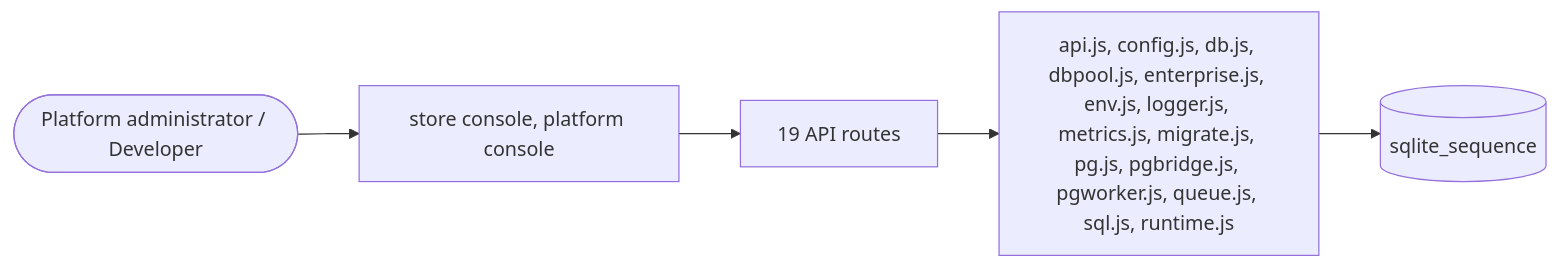
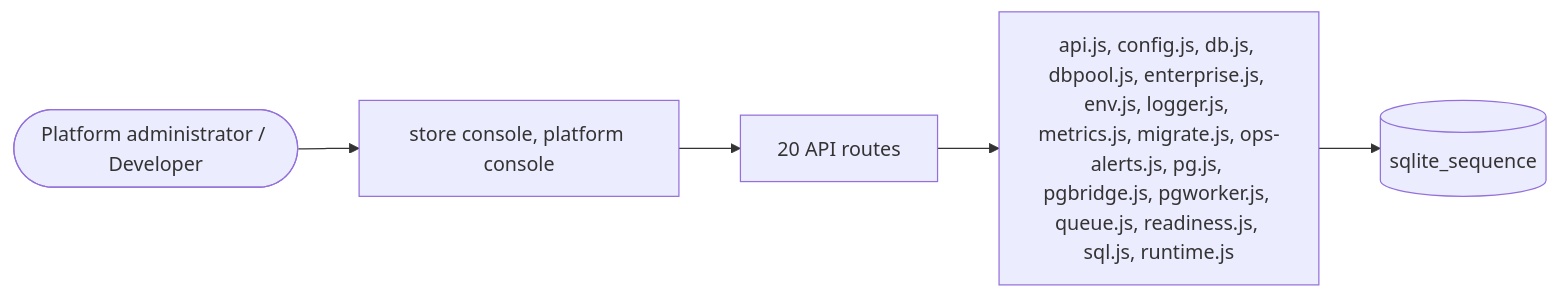
Before and after one commit to echelonxventures-Projects/universal-product: the diagram in docs/domains/runtime.md, drawn with Mermaid. The commit also changed other lines of this file and 25 other files, not shown here.

````diff
--- a/docs/domains/runtime.md
+++ b/docs/domains/runtime.md
@@ -68,8 +71,8 @@
 ```mermaid
 flowchart LR
   U([Platform administrator / Developer]) --> UI[store console, platform console]
-  UI --> API[19 API routes]
-  API --> ENG[api.js, config.js, db.js, dbpool.js, enterprise.js, env.js, logger.js, metrics.js, migrate.js, pg.js, pgbridge.js, pgworker.js, queue.js, sql.js, runtime.js]
+  UI --> API[20 API routes]
+  API --> ENG[api.js, config.js, db.js, dbpool.js, enterprise.js, env.js, logger.js, metrics.js, migrate.js, ops-alerts.js, pg.js, pgbridge.js, pgworker.js, queue.js, readiness.js, sql.js, runtime.js]
   ENG --> DB[(sqlite_sequence)]
 
 ```
````
